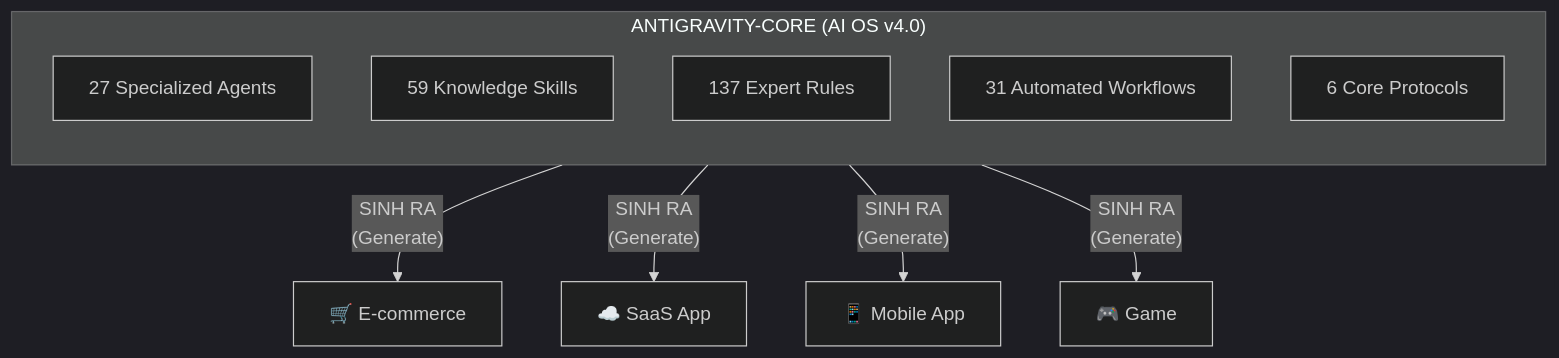
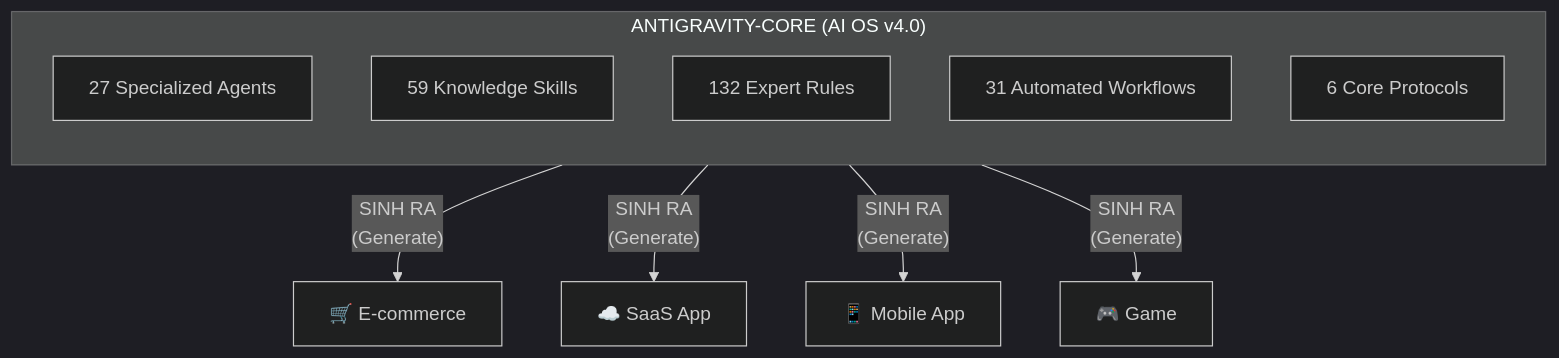
Before and after one commit to tuyenht/Antigravity-Core: the first of 2 diagrams in README.md, drawn with Mermaid (dark theme). The commit also changed other lines of this file and 30 other files, not shown here.

````diff
--- a/README.md
+++ b/README.md
@@ -21,16 +21,16 @@
 ```mermaid
 graph TB
     subgraph OS["ANTIGRAVITY-CORE (AI OS v4.0)"]
         direction TB
         A["27 Specialized Agents"]
         B["59 Knowledge Skills"]
-        C["137 Expert Rules"]
+        C["132 Expert Rules"]
         D["31 Automated Workflows"]
         E["6 Core Protocols"]
     end
 
     OS -->|"SINH RA<br/>(Generate)"| P1["🛒 E-commerce"]
     OS -->|"SINH RA<br/>(Generate)"| P2["☁️ SaaS App"]
     OS -->|"SINH RA<br/>(Generate)"| P3["📱 Mobile App"]
     OS -->|"SINH RA<br/>(Generate)"| P4["🎮 Game"]
 ```
````
